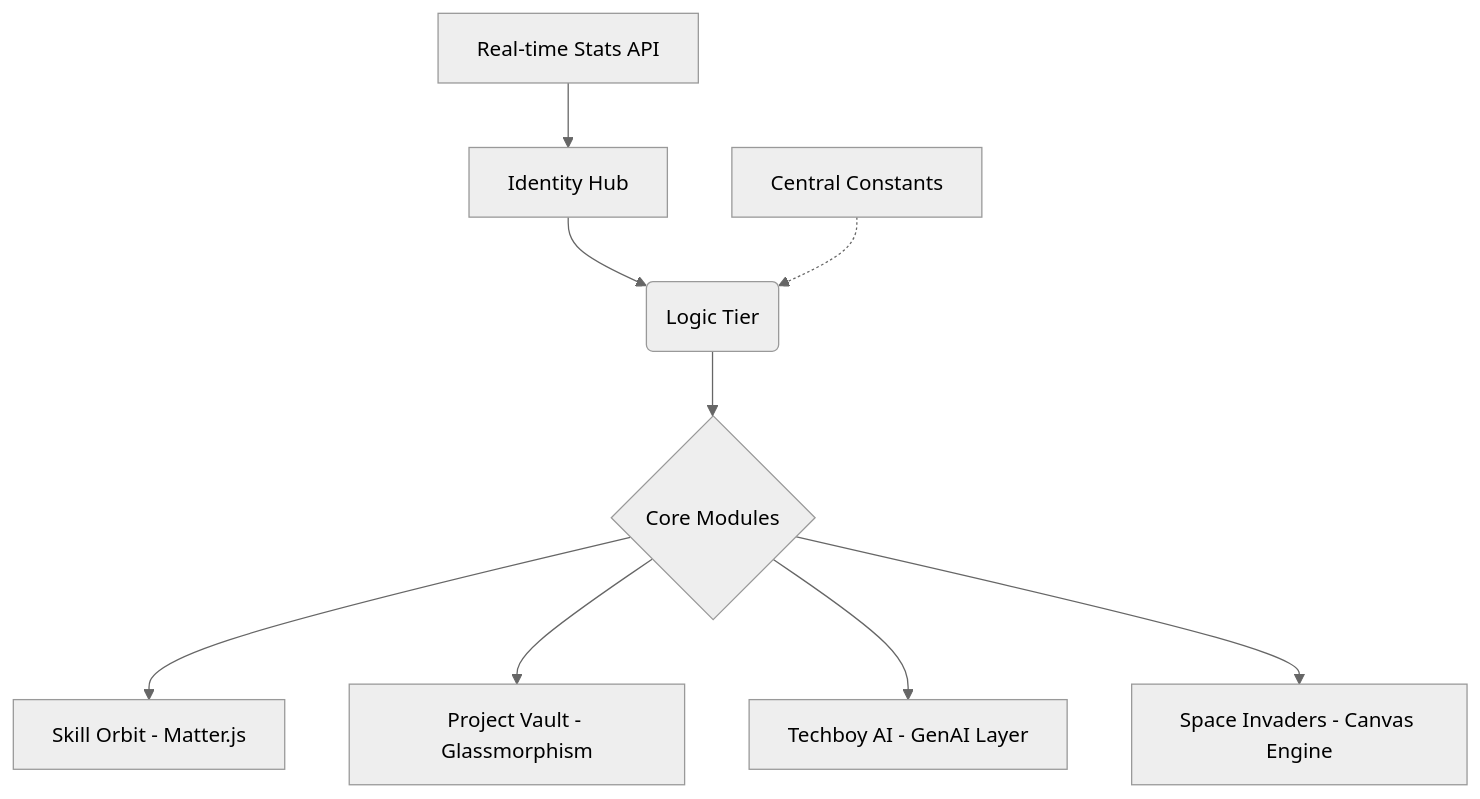
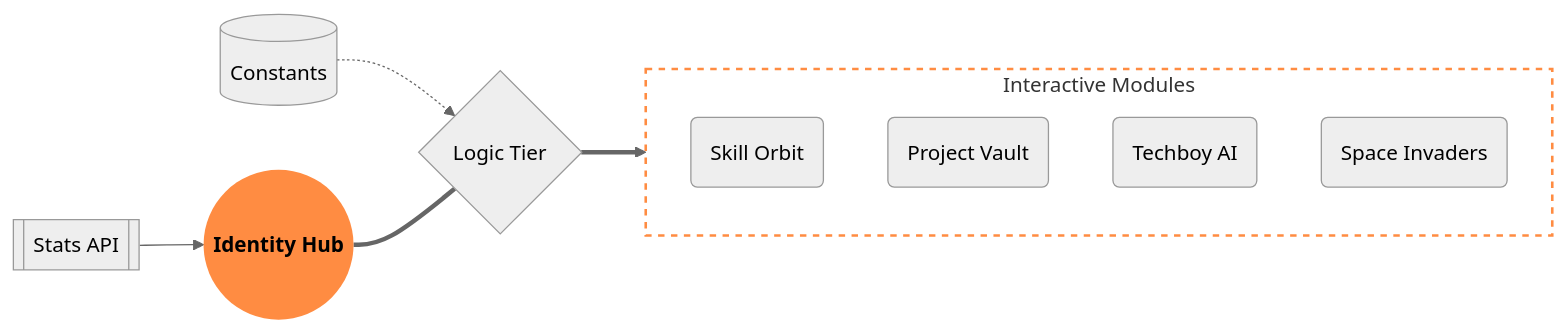
The diagram in README.md (chimataraghuram/PORTFOLIO), drawn with Mermaid (neutral theme) before and after one commit.

Commit message:
docs: modernize system architecture diagram

````diff
--- a/README.md
+++ b/README.md
@@ -51,11 +51,19 @@
 ```mermaid
-graph TD
-    A[Identity Hub] --> B(Logic Tier)
-    B --> C{Core Modules}
-    C --> D[Skill Orbit - Matter.js]
-    C --> E[Project Vault - Glassmorphism]
-    C --> F[Techboy AI - GenAI Layer]
-    C --> G[Space Invaders - Canvas Engine]
-    H[Central Constants] -.-> B
-    I[Real-time Stats API] --> A
+flowchart LR
+    API[[Stats API]] --> Hub((Identity Hub))
+    State[(Constants)] -.-> Logic{Logic Tier}
+
+    Hub === Logic
+    Logic ==> Ecosystem
+    
+    subgraph Ecosystem [Interactive Modules]
+        direction TB
+        O(Skill Orbit)
+        V(Project Vault)
+        A(Techboy AI)
+        G(Space Invaders)
+    end
+
+    style Hub fill:#ff8c42,color:#000,stroke:none,font-weight:bold
+    style Ecosystem fill:none,stroke:#ff8c42,stroke-width:2px,stroke-dasharray: 5 5
 ```
````
